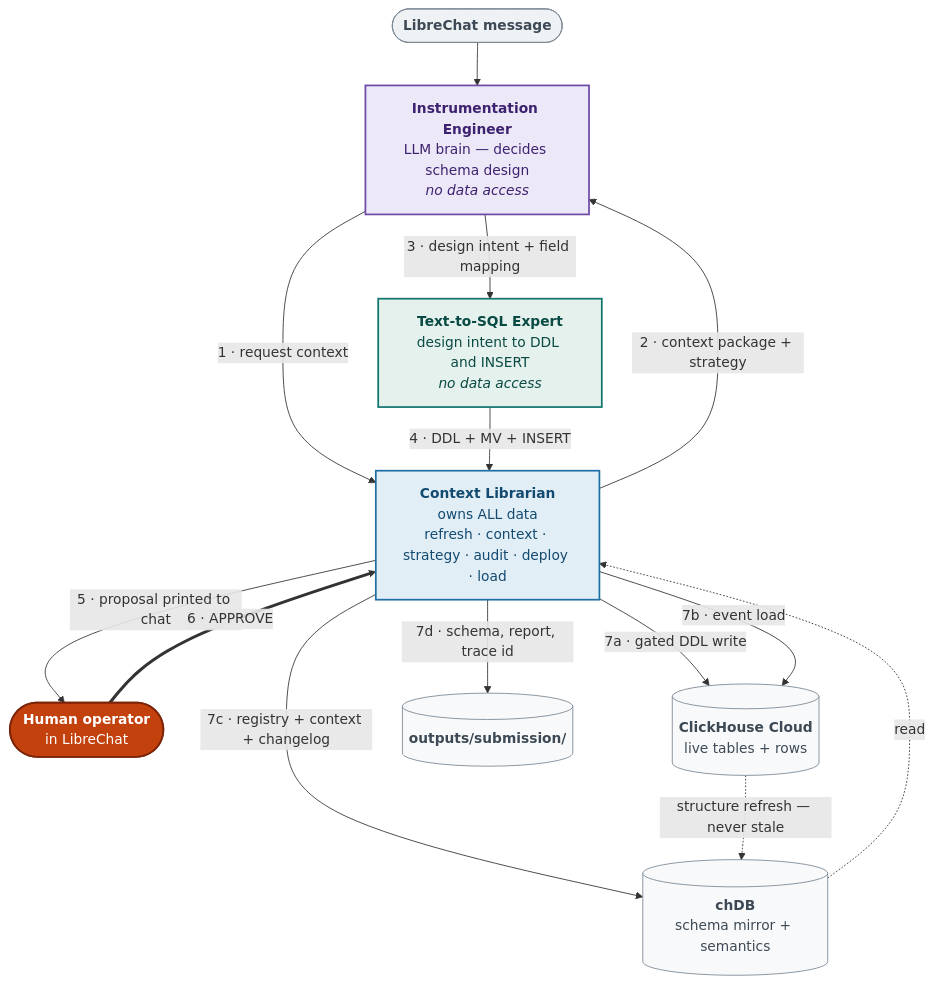
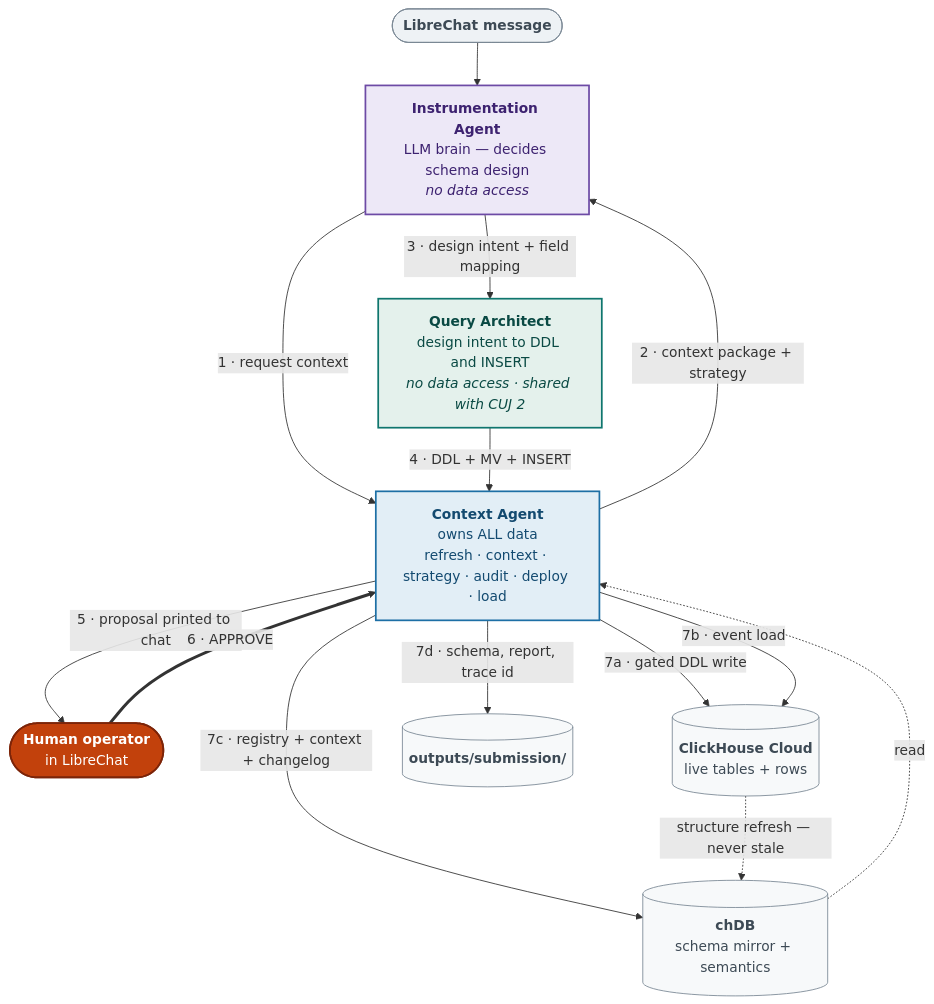
Before and after one commit to deepesh17feb/InsightMesh: the second of 4 diagrams in docs/CUJ1.md, drawn with Mermaid. The commit also changed other lines of this file and 1 other file, not shown here.

Commit message:
feat(agents): synchronize CUJ1 specification and enforce strict agent naming consistency

````diff
--- a/docs/CUJ1.md
+++ b/docs/CUJ1.md
@@ -147,42 +172,42 @@
 ```mermaid
 flowchart TD
     PROMPT(["<b>LibreChat message</b>"]) --> IE
 
-    IE["<b>Instrumentation Engineer</b><br/>LLM brain — decides schema design<br/><i>no data access</i>"]
-    CL["<b>Context Librarian</b><br/>owns ALL data<br/>refresh · context · strategy · audit · deploy · load"]
-    QA["<b>Text-to-SQL Expert</b><br/>design intent to DDL and INSERT<br/><i>no data access</i>"]
+    IE["<b>Instrumentation Agent</b><br/>LLM brain — decides schema design<br/><i>no data access</i>"]
+    CL["<b>Context Agent</b><br/>owns ALL data<br/>refresh · context · strategy · audit · deploy · load"]
+    QA["<b>Query Architect</b><br/>design intent to DDL and INSERT<br/><i>no data access · shared with CUJ 2</i>"]
     OP(["<b>Human operator</b><br/>in LibreChat"])
 
     IE -->|"1 · request context"| CL
     CL -->|"2 · context package + strategy"| IE
     IE -->|"3 · design intent + field mapping"| QA
     QA -->|"4 · DDL + MV + INSERT"| CL
     CL -->|"5 · proposal printed to chat"| OP
     OP ==>|"6 · APPROVE"| CL
 
     CL -->|"7a · gated DDL write"| LIVE
     CL -->|"7b · event load"| LIVE
     CL -->|"7c · registry + context + changelog"| CHDB
     CL -->|"7d · schema, report, trace id"| ART
 
     CHDB[("<b>chDB</b><br/>schema mirror + semantics")]
     LIVE[("<b>ClickHouse Cloud</b><br/>live tables + rows")]
     ART[("<b>outputs/submission/</b>")]
 
     LIVE -.->|"structure refresh — never stale"| CHDB
     CHDB -.->|"read"| CL
 
     classDef lib fill:#e2eef6,stroke:#1d6fa5,stroke-width:2px,color:#134a70
     classDef eng fill:#ede8f7,stroke:#6d4aa5,stroke-width:2px,color:#3d2270
     classDef arch fill:#e4f1ec,stroke:#0f766e,stroke-width:2px,color:#0a4a44
     classDef human fill:#c2410c,stroke:#7c2408,stroke-width:2px,color:#ffffff
     classDef store fill:#f7f9fa,stroke:#7a8894,stroke-width:1px,color:#3d4a55
     classDef io fill:#eef2f5,stroke:#7a8894,stroke-width:1px,color:#3d4a55
 
     class CL lib
     class IE eng
     class QA arch
     class OP human
     class CHDB,LIVE,ART store
     class PROMPT io
 ```
````
